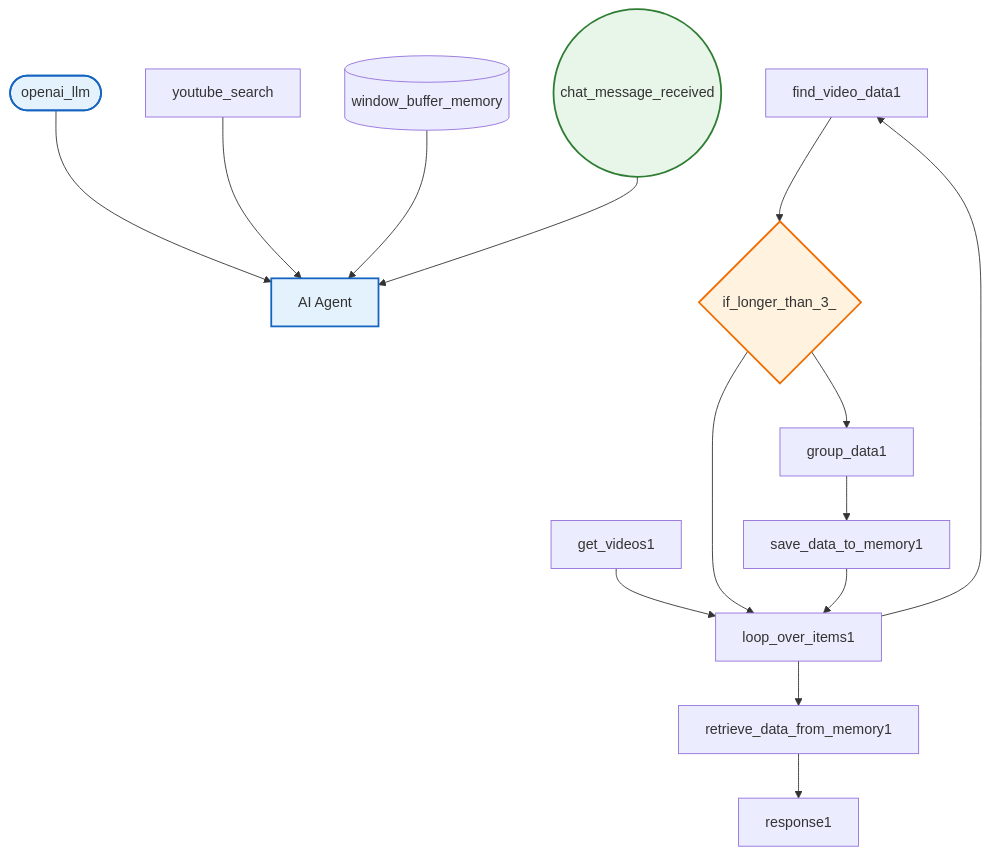
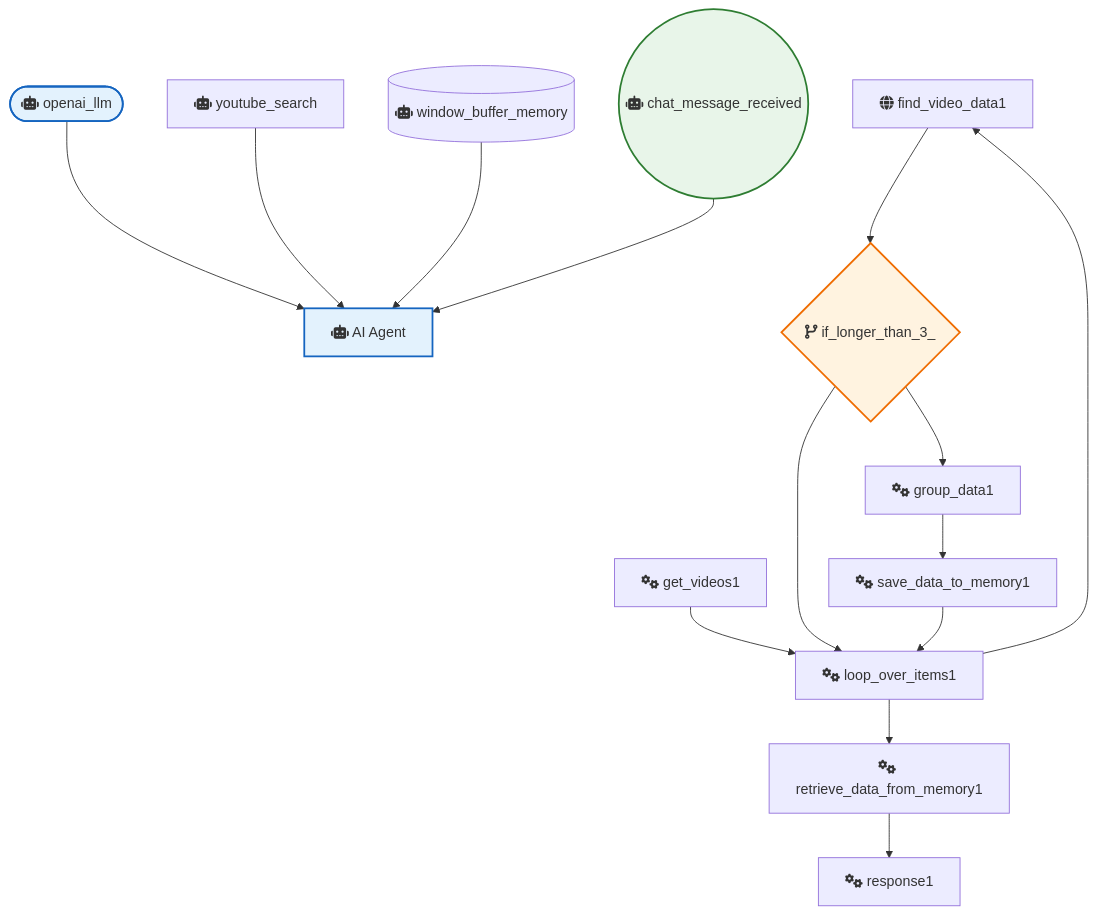
One commit to sreyash3105/N8N-DEMO-AUTOMATIONS changed the diagram in OpenAI_and_LLMs/Complete Youtube.md. Above: the diagram before and after it, drawn with Mermaid. The commit also changed 291 other files, not shown here.

````diff
--- a/OpenAI_and_LLMs/Complete Youtube.md
+++ b/OpenAI_and_LLMs/Complete Youtube.md
@@ -1,34 +1,34 @@
 ```mermaid
 graph TD
     classDef trigger fill:#e8f5e9,stroke:#2e7d32,stroke-width:2px;
     classDef ai fill:#e3f2fd,stroke:#1565c0,stroke-width:2px;
     classDef logic fill:#fff3e0,stroke:#ef6c00,stroke-width:2px;
 
-    AI_Agent["AI Agent"]:::ai
-    chat_message_received(("chat_message_received")):::trigger
-    youtube_search["youtube_search"]
-    openai_llm(["openai_llm"]):::ai
-    window_buffer_memory[("window_buffer_memory")]
-    find_video_data1["find_video_data1"]
-    get_videos1["get_videos1"]
-    response1["response1"]
-    group_data1["group_data1"]
-    save_data_to_memory1["save_data_to_memory1"]
-    retrieve_data_from_memory1["retrieve_data_from_memory1"]
-    loop_over_items1["loop_over_items1"]
-    if_longer_than_3_{"if_longer_than_3_"}:::logic
+    AI_Agent["fas:fa-robot AI Agent"]:::ai
+    chat_message_received(("fas:fa-robot chat_message_received")):::trigger
+    youtube_search["fas:fa-robot youtube_search"]
+    openai_llm(["fas:fa-robot openai_llm"]):::ai
+    window_buffer_memory[("fas:fa-robot window_buffer_memory")]
+    find_video_data1["fas:fa-globe find_video_data1"]
+    get_videos1["fas:fa-cogs get_videos1"]
+    response1["fas:fa-cogs response1"]
+    group_data1["fas:fa-cogs group_data1"]
+    save_data_to_memory1["fas:fa-cogs save_data_to_memory1"]
+    retrieve_data_from_memory1["fas:fa-cogs retrieve_data_from_memory1"]
+    loop_over_items1["fas:fa-cogs loop_over_items1"]
+    if_longer_than_3_{"fas:fa-code-branch if_longer_than_3_"}:::logic
 
     openai_llm --> AI_Agent
     get_videos1 --> loop_over_items1
     group_data1 --> save_data_to_memory1
     youtube_search --> AI_Agent
     find_video_data1 --> if_longer_than_3_
     loop_over_items1 --> retrieve_data_from_memory1
     loop_over_items1 --> find_video_data1
     if_longer_than_3_ --> group_data1
     if_longer_than_3_ --> loop_over_items1
     save_data_to_memory1 --> loop_over_items1
     window_buffer_memory --> AI_Agent
     chat_message_received --> AI_Agent
     retrieve_data_from_memory1 --> response1
 ```
````
